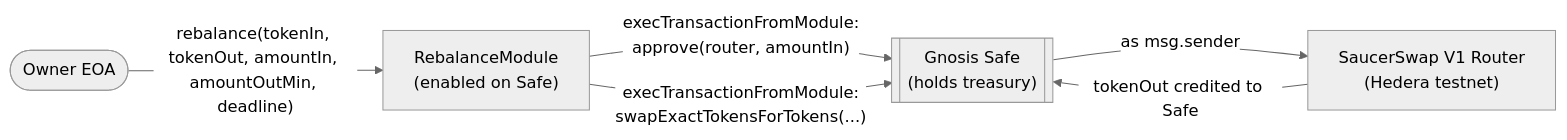
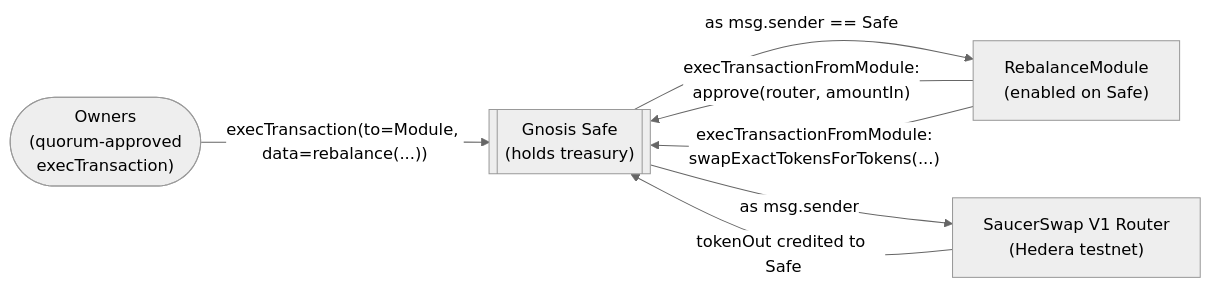
The first of 2 diagrams in README.md (ETIM-PAUL/Hedara-Safe), drawn with Mermaid (neutral theme) before and after one commit. The commit also changed other lines of this file and 11 other files, not shown here.

````diff
--- a/README.md
+++ b/README.md
@@ -121,13 +140,14 @@
 ```mermaid
 flowchart LR
-    Owner(["Owner EOA"])
+    Owners(["Owners\n(quorum-approved\nexecTransaction)"])
     Module["RebalanceModule\n(enabled on Safe)"]
     Safe[["Gnosis Safe\n(holds treasury)"]]
     Router["SaucerSwap V1 Router\n(Hedera testnet)"]
 
-    Owner -- "rebalance(tokenIn, tokenOut, amountIn, amountOutMin, deadline)" --> Module
+    Owners -- "execTransaction(to=Module, data=rebalance(...))" --> Safe
+    Safe -- "as msg.sender == Safe" --> Module
     Module -- "execTransactionFromModule:\napprove(router, amountIn)" --> Safe
     Module -- "execTransactionFromModule:\nswapExactTokensForTokens(...)" --> Safe
     Safe -- "as msg.sender" --> Router
     Router -- "tokenOut credited to Safe" --> Safe
 ```
````
